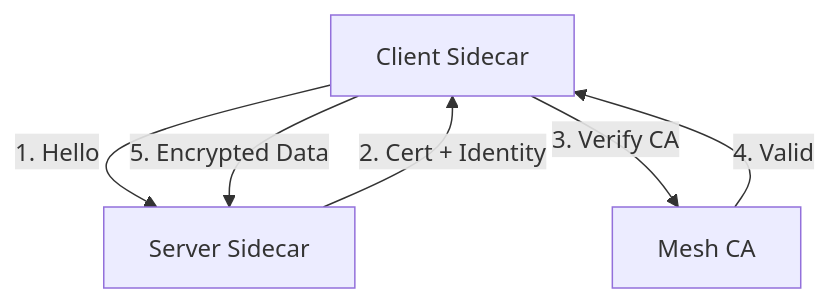
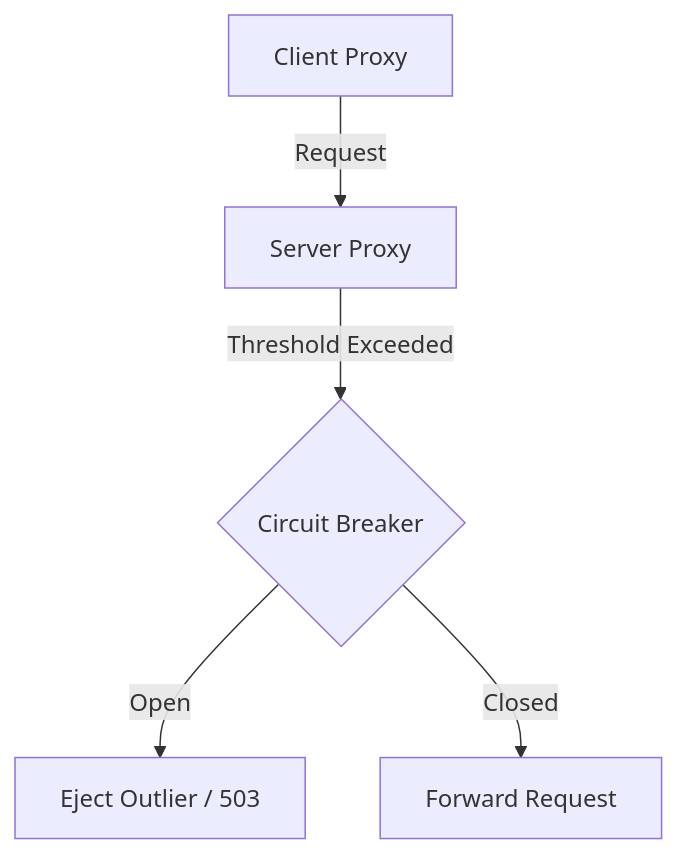
Before and after one commit to Devopstrio/service-mesh-networking: the fifth of 11 diagrams in README.md, drawn with Mermaid. The commit also changed other lines of this file, not shown here.

Commit message:
docs: implement 11+ professional architecture diagrams for service mesh networking platform

````diff
--- a/README.md
+++ b/README.md
@@ -84,8 +144,7 @@
 ```mermaid
 graph TD
-    Client[Client Sidecar] -->|1. Hello| Server[Server Sidecar]
-    Server -->|2. Cert + Identity| Client
-    Client -->|3. Verify CA| CA[Mesh CA]
-    CA -->|4. Valid| Client
-    Client -->|5. Encrypted Data| Server
+    Client["Client Proxy"] -->|Request| Server["Server Proxy"]
+    Server -->|Threshold Exceeded| CB{"Circuit Breaker"}
+    CB -->|Open| FailFast["Eject Outlier / 503"]
+    CB -->|Closed| Success["Forward Request"]
 ```
````
